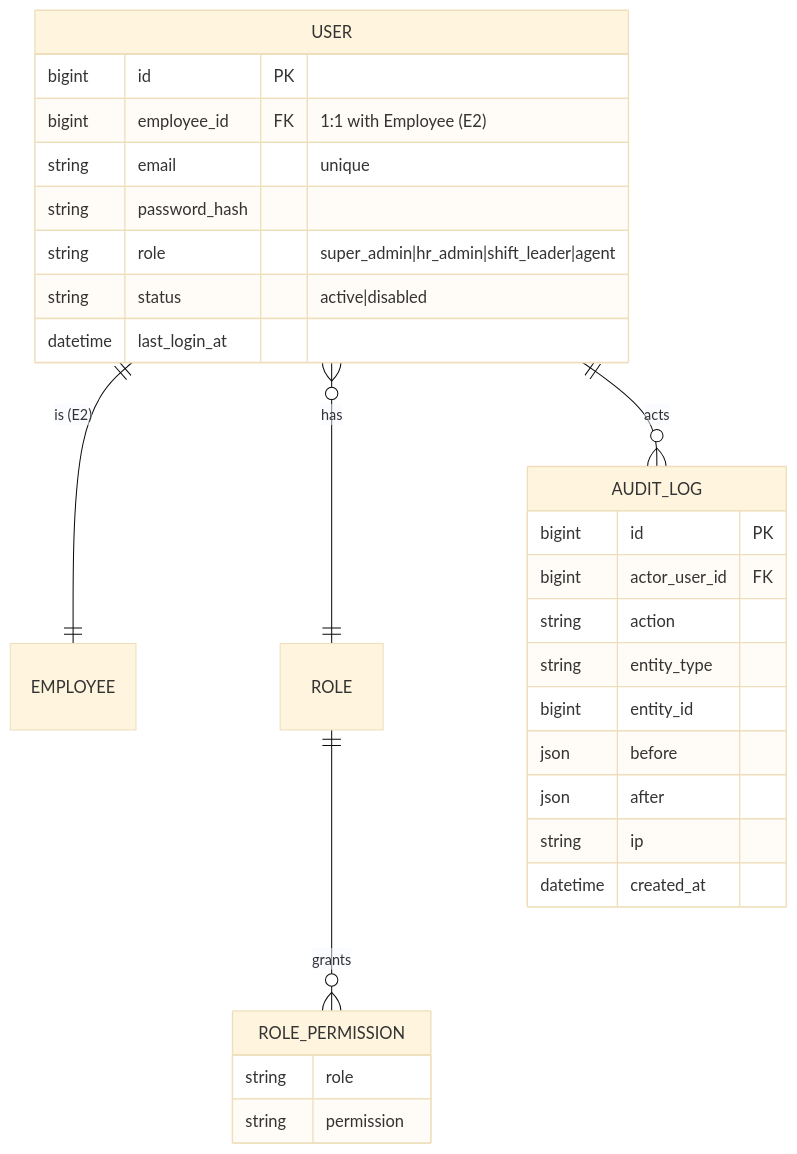
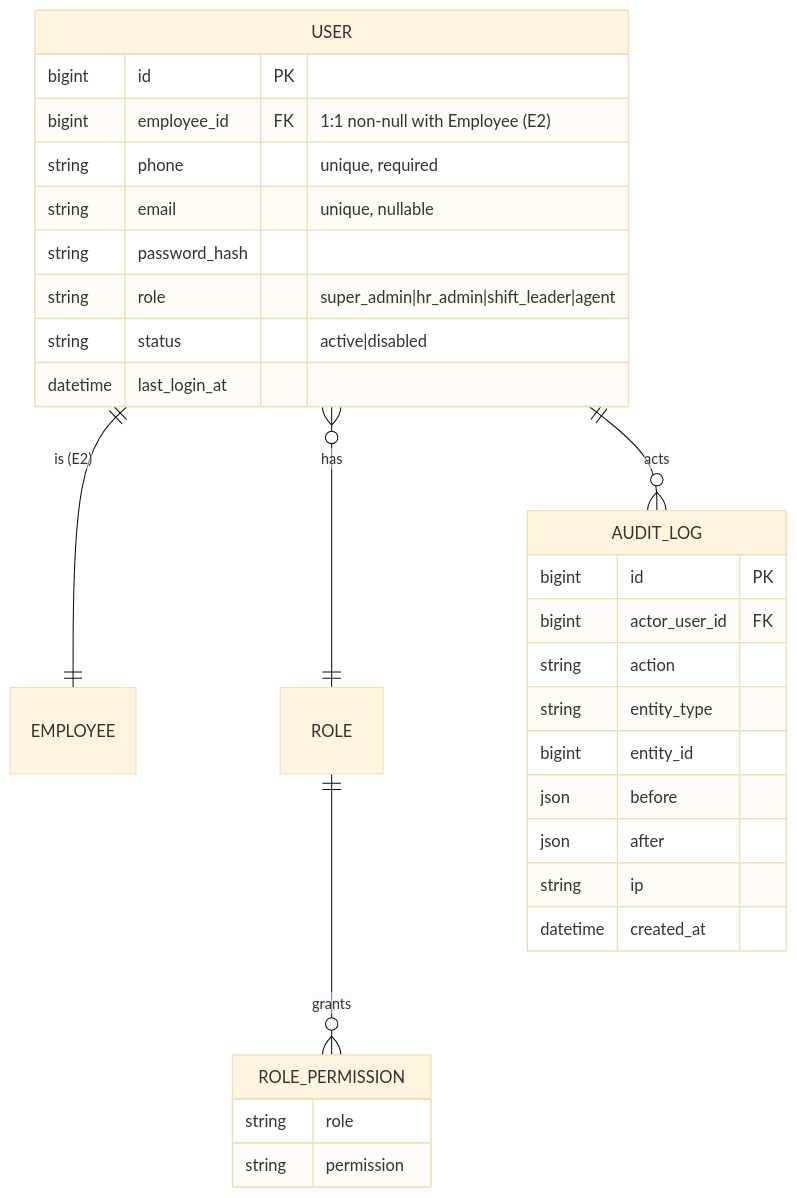
One commit to hariszaki17/hris-outsource changed the first of 5 diagrams in docs/epics/E1-foundations/FEATURE.md. Above: the diagram before and after it, drawn with Mermaid (base theme). The commit also changed other lines of this file and 94 other files, not shown here.

````diff
--- a/docs/epics/E1-foundations/FEATURE.md
+++ b/docs/epics/E1-foundations/FEATURE.md
@@ -28,32 +28,33 @@
 ```mermaid
 erDiagram
     USER ||--|| EMPLOYEE : "is (E2)"
     USER }o--|| ROLE : "has"
     ROLE ||--o{ ROLE_PERMISSION : "grants"
     USER ||--o{ AUDIT_LOG : "acts"
 
     USER {
         bigint id PK
-        bigint employee_id FK "1:1 with Employee (E2)"
-        string email "unique"
+        bigint employee_id FK "1:1 non-null with Employee (E2)"
+        string phone "unique, required"
+        string email "unique, nullable"
         string password_hash
         string role "super_admin|hr_admin|shift_leader|agent"
         string status "active|disabled"
         datetime last_login_at
     }
     ROLE_PERMISSION {
         string role
         string permission
     }
     AUDIT_LOG {
         bigint id PK
         bigint actor_user_id FK
         string action
         string entity_type
         bigint entity_id
         json before
         json after
         string ip
         datetime created_at
     }
 ```
````
